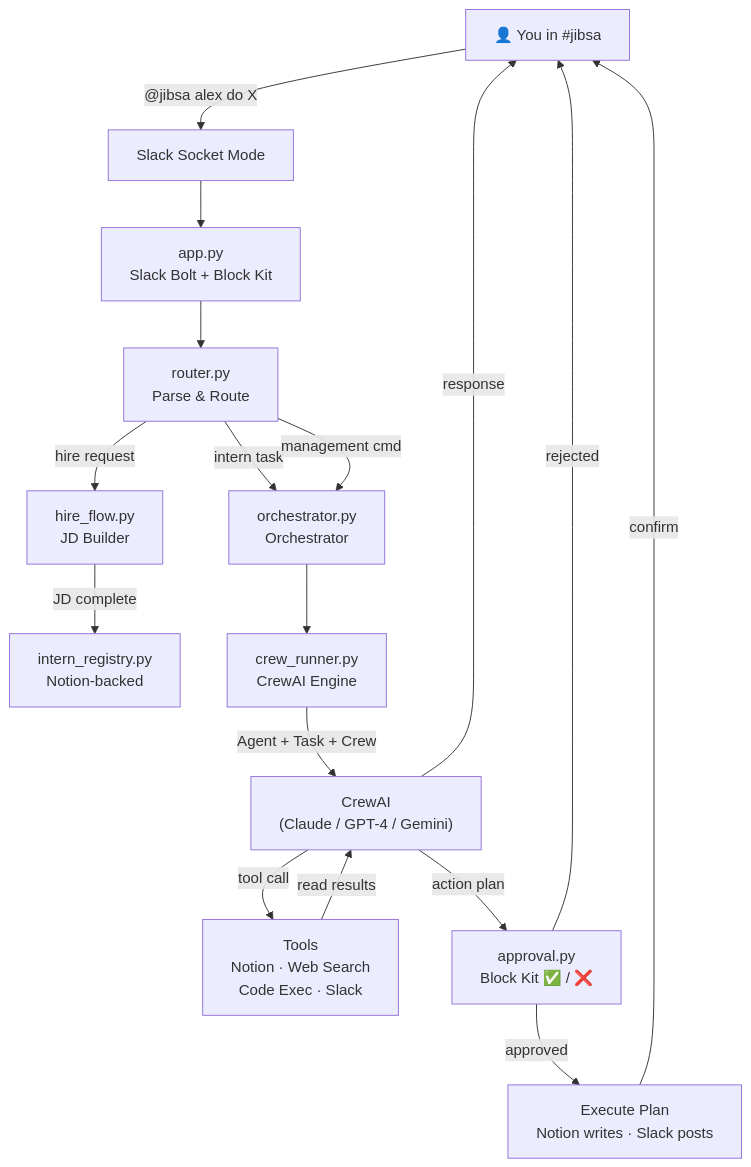
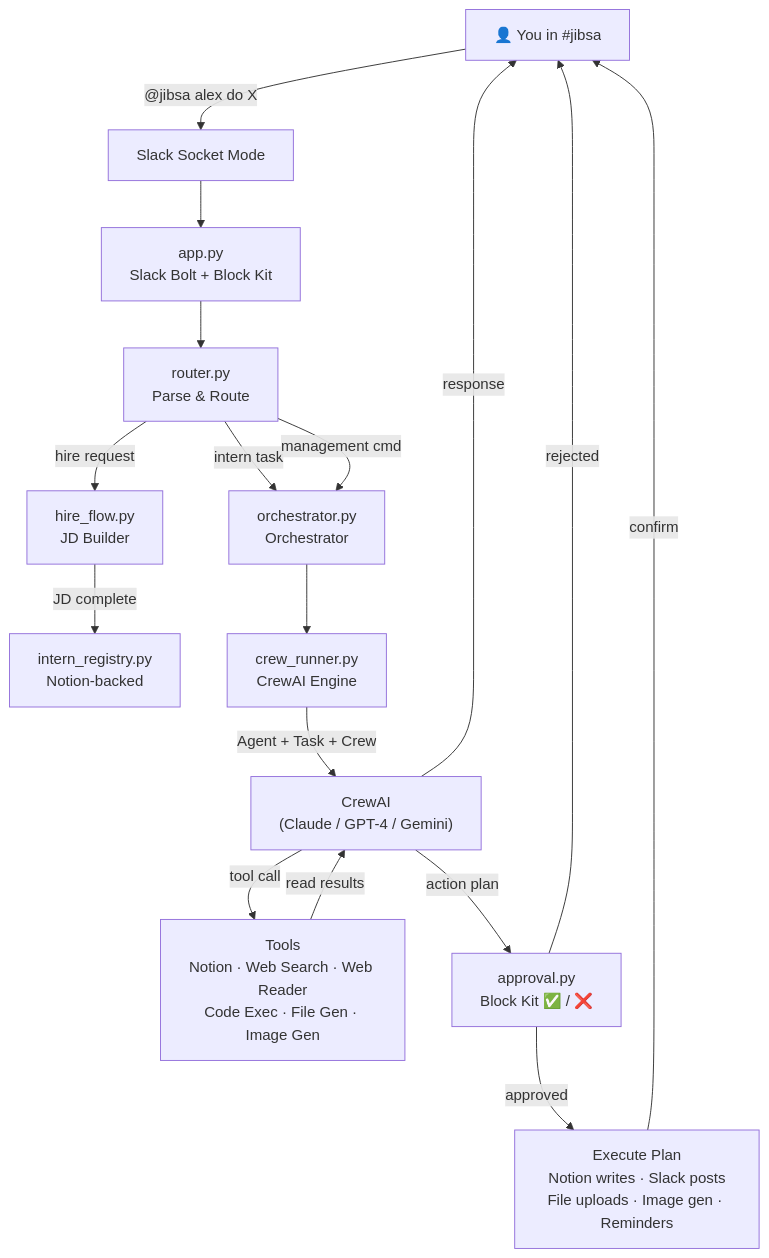
The diagram in README.md (peterjhwang/jibsa-ai), drawn with Mermaid before and after one commit. The commit also changed other lines of this file and 6 other files, not shown here.

````diff
--- a/README.md
+++ b/README.md
@@ -238,27 +266,27 @@
 ```mermaid
 graph TD
     User["👤 You in #jibsa"] -->|"@jibsa alex do X"| SlackSocket["Slack Socket Mode"]
 
     SlackSocket --> App["app.py\nSlack Bolt + Block Kit"]
     App --> Router["router.py\nParse & Route"]
 
     Router -->|hire request| HireFlow["hire_flow.py\nJD Builder"]
     Router -->|intern task| Orchestrator["orchestrator.py\nOrchestrator"]
     Router -->|management cmd| Orchestrator
 
     HireFlow -->|JD complete| Registry["intern_registry.py\nNotion-backed"]
 
     Orchestrator --> CrewRunner["crew_runner.py\nCrewAI Engine"]
 
     CrewRunner -->|"Agent + Task + Crew"| CrewAI["CrewAI\n(Claude / GPT-4 / Gemini)"]
 
-    CrewAI -->|tool call| Tools["Tools\nNotion · Web Search\nCode Exec · Slack"]
+    CrewAI -->|tool call| Tools["Tools\nNotion · Web Search · Web Reader\nCode Exec · File Gen · Image Gen"]
     CrewAI -->|action plan| Approval["approval.py\nBlock Kit ✅ / ❌"]
 
-    Approval -->|approved| Execute["Execute Plan\nNotion writes · Slack posts"]
+    Approval -->|approved| Execute["Execute Plan\nNotion writes · Slack posts\nFile uploads · Image gen · Reminders"]
     Approval -->|rejected| User
 
     Tools -->|read results| CrewAI
     Execute -->|confirm| User
     CrewAI -->|response| User
 ```
````
